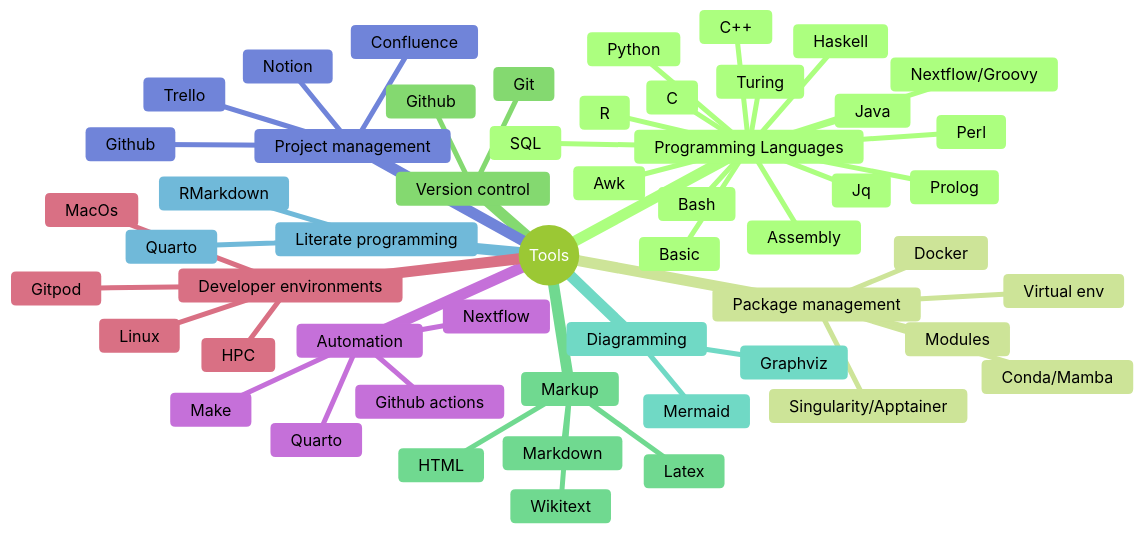
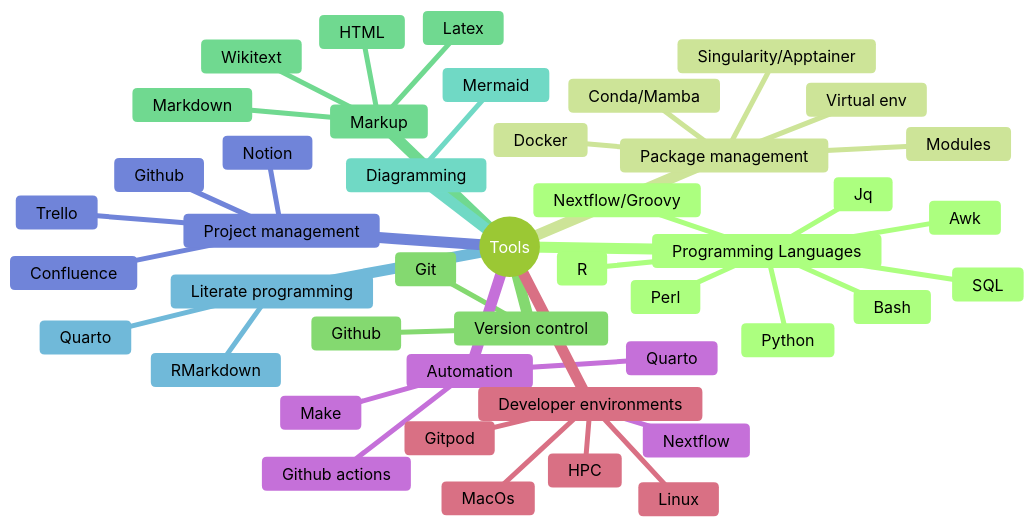
The diagram in README.md (mahesh-panchal/mahesh-panchal), drawn with Mermaid (forest theme) before and after one commit. The commit also changed other lines of this file, not shown here.

````diff
--- a/README.md
+++ b/README.md
@@ -55,56 +53,47 @@
 ```mermaid
 mindmap
   root((Tools))
     Programming Languages
       Bash
       Awk
       Nextflow/Groovy
       R
       Perl
       SQL
       Jq
       Python
-      Haskell
-      Turing
-      Assembly
-      Prolog
-      Java
-      C
-      C++
-      Basic
     Package management
       Conda/Mamba
       Docker
       Singularity/Apptainer
       Virtual env
       Modules
     Version control
       Git
       Github
     Markup
       Markdown
       Latex
       Wikitext
       HTML
     Diagramming
       Mermaid
-      Graphviz
     Literate programming
       Quarto
       RMarkdown
     Project management
       Github
       Trello
       Confluence
       Notion
     Automation
       Github actions
       Make
       Nextflow
       Quarto
     Developer environments
       MacOs
       Linux
       Gitpod
       HPC
 ```
````
